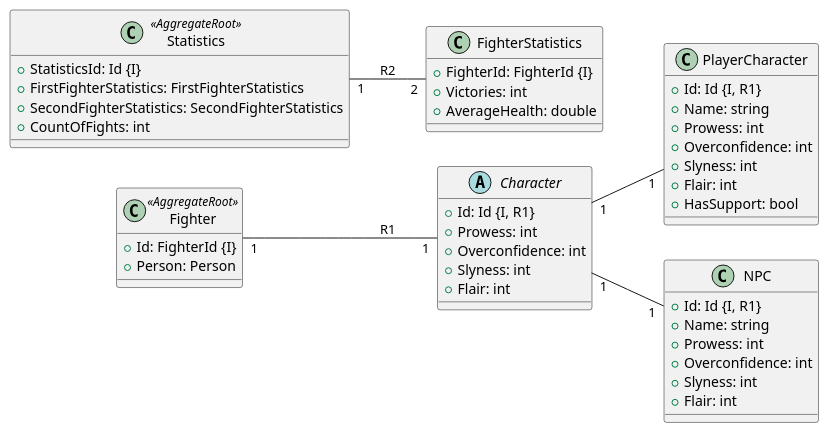
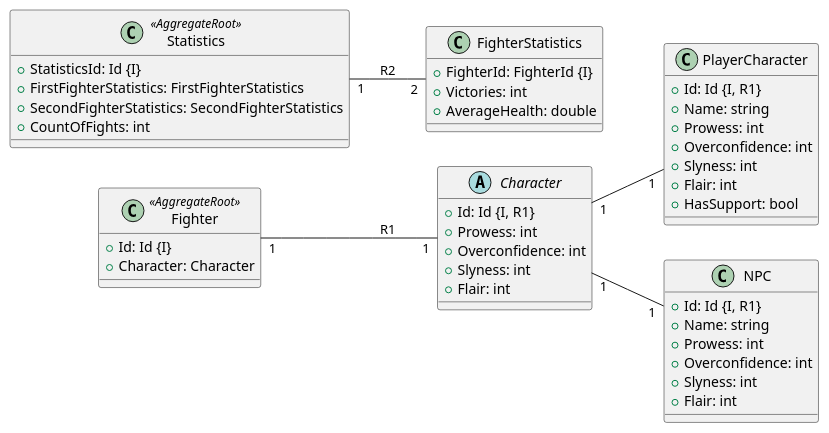
One commit to RedCitrus5254/WhimFights changed the diagram in Docs/WhimTests.md. Above: the diagram before and after it, drawn with PlantUML. The commit also changed other lines of this file and 3 other files, not shown here.

````diff
--- a/Docs/WhimTests.md
+++ b/Docs/WhimTests.md
@@ -43,54 +49,54 @@
 ```plantuml
 left to right direction
 
 class Fighter<<AggregateRoot>> {
-    + Id: FighterId {I}
-    + Person: Person
+    + Id: Id {I}
+    + Character: Character
 }
 
  abstract class Character {
     + Id: Id {I, R1}
     + Prowess: int
     + Overconfidence: int
     + Slyness: int
     + Flair: int
 }
 
 class PlayerCharacter {
     + Id: Id {I, R1}
     + Name: string
     + Prowess: int
     + Overconfidence: int
     + Slyness: int
     + Flair: int
     + HasSupport: bool
 }
 
 class NPC {
     + Id: Id {I, R1}
     + Name: string
     + Prowess: int
     + Overconfidence: int
     + Slyness: int
     + Flair: int
 }
 
 class Statistics<<AggregateRoot>> {
     + StatisticsId: Id {I}
     + FirstFighterStatistics: FirstFighterStatistics
     + SecondFighterStatistics: SecondFighterStatistics
     + CountOfFights: int
 }
 
 class FighterStatistics {
     + FighterId: FighterId {I}
     + Victories: int
     + AverageHealth: double
 }
 
 Character "1" -- "1" PlayerCharacter
 Character "1" -- "1" NPC
 Fighter "1" -- "1" Character : R1
 Statistics "1" -- "2" FighterStatistics : R2
 
 ```
````
